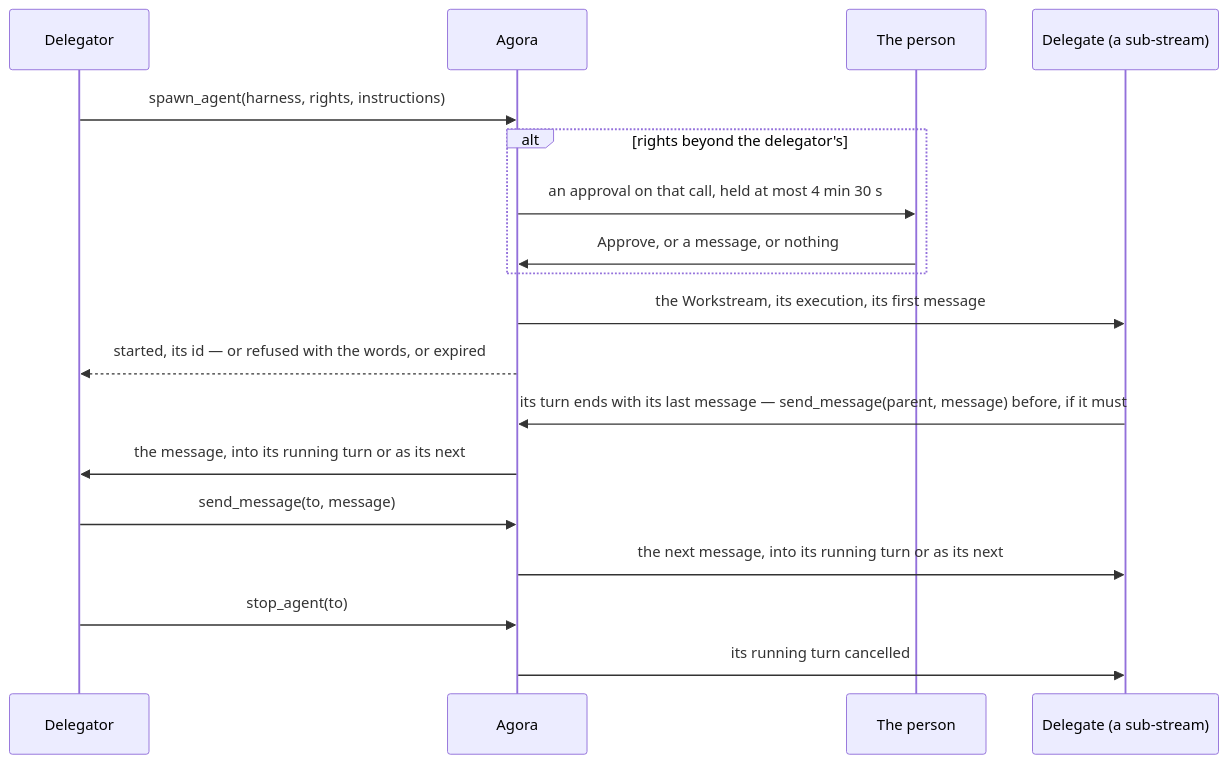
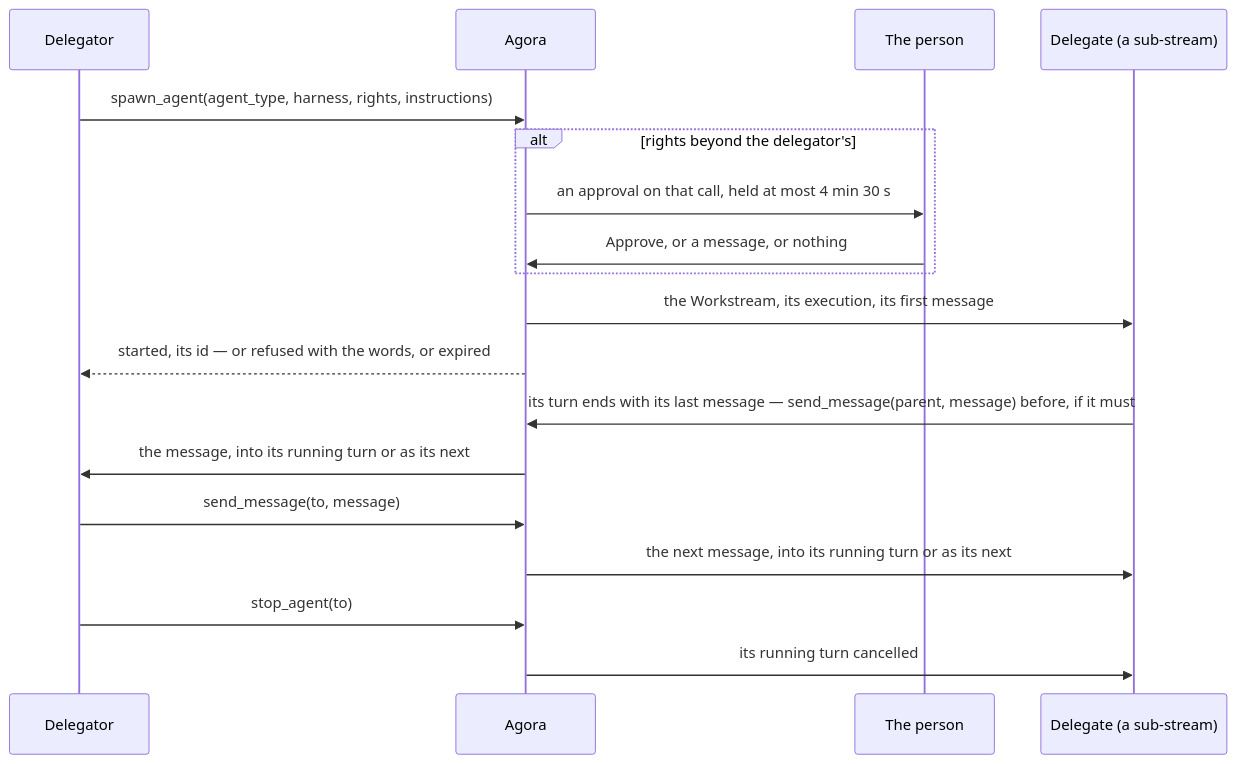
One commit to arnaultbretagne/agora changed the diagram in docs/specs/delegation.md. Above: the diagram before and after it, drawn with Mermaid. The commit also changed other lines of this file and 17 other files, not shown here.

First line of the commit message:
feat(delegation): spawn_agent takes agent_type, a role — the flows' cards: its persona in Agora's line of the first message, its harness, model and effort by default

````diff
--- a/docs/specs/delegation.md
+++ b/docs/specs/delegation.md
@@ -15,20 +15,20 @@
 ```mermaid
 sequenceDiagram
   participant C as Delegator
   participant A as Agora
   participant P as The person
   participant D as Delegate (a sub-stream)
-  C->>A: spawn_agent(harness, rights, instructions)
+  C->>A: spawn_agent(agent_type, harness, rights, instructions)
   alt rights beyond the delegator's
     A->>P: an approval on that call, held at most 4 min 30 s
     P->>A: Approve, or a message, or nothing
   end
   A->>D: the Workstream, its execution, its first message
   A-->>C: started, its id — or refused with the words, or expired
   D->>A: its turn ends with its last message — send_message(parent, message) before, if it must
   A->>C: the message, into its running turn or as its next
   C->>A: send_message(to, message)
   A->>D: the next message, into its running turn or as its next
   C->>A: stop_agent(to)
   A->>D: its running turn cancelled
 ```
````
